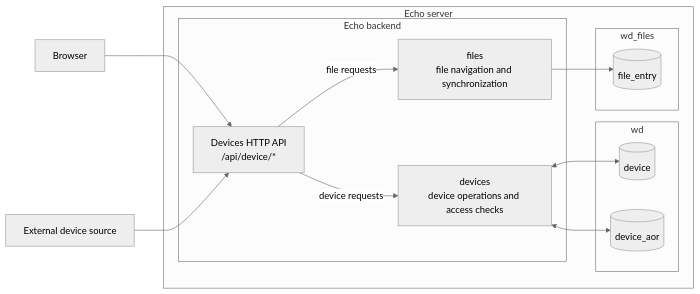
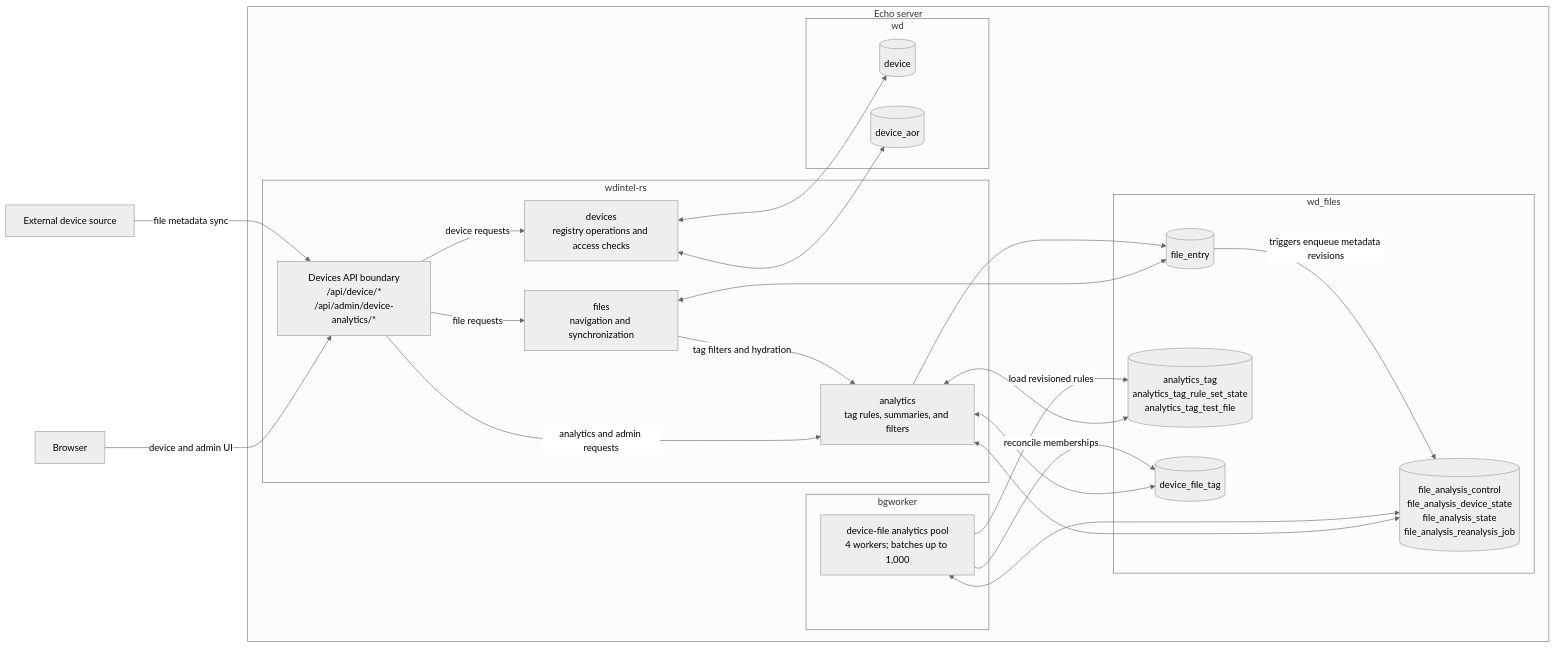
One commit to murczyk/echo changed the first of 3 diagrams in archive/2026-07-29-devices/README.md. Above: the diagram before and after it, drawn with Mermaid (neutral theme). The commit also changed other lines of this file, not shown here.

````diff
--- a/archive/2026-07-29-devices/README.md
+++ b/archive/2026-07-29-devices/README.md
@@ -14,31 +17,49 @@
 ```mermaid
 flowchart LR
     Browser["Browser"]
     ExternalSource["External device source"]
 
     subgraph Host["Echo server"]
-        subgraph Backend["Echo backend"]
-            API["Devices HTTP API<br/>/api/device/*"]
-            Devices["devices<br/>device operations and access checks"]
-            Files["files<br/>file navigation and synchronization"]
+        subgraph Web["wdintel-rs"]
+            API["Devices API boundary<br/>/api/device/*<br/>/api/admin/device-analytics/*"]
+            Devices["devices<br/>registry operations and access checks"]
+            Files["files<br/>navigation and synchronization"]
+            Analytics["analytics<br/>tag rules, summaries, and filters"]
+        end
+
+        subgraph Bgworker["bgworker"]
+            AnalyticsWorkers["device-file analytics pool<br/>4 workers; batches up to 1,000"]
         end
 
         subgraph MainPostgreSQL["wd"]
-            DeviceTable[("device<br/>")]
-            DeviceAorTable[("device_aor<br/")]
+            DeviceTable[("device")]
+            DeviceAorTable[("device_aor")]
         end
 
         subgraph FileRegistryPostgreSQL["wd_files"]
-            FileEntryTable[("file_entry<br/>")]
+            FileEntryTable[("file_entry")]
+            TagDefinitionTables[("analytics_tag<br/>analytics_tag_rule_set_state<br/>analytics_tag_test_file")]
+            AnalysisStateTables[("file_analysis_control<br/>file_analysis_device_state<br/>file_analysis_state<br/>file_analysis_reanalysis_job")]
+            DeviceFileTagTable[("device_file_tag")]
         end
 
         API -->|"device requests"| Devices
         API -->|"file requests"| Files
+        API -->|"analytics and admin requests"| Analytics
+        Files -->|"tag filters and hydration"| Analytics
         Devices <--> DeviceTable
         Devices <--> DeviceAorTable
-        Files --> FileEntryTable
+        Files <--> FileEntryTable
+        Analytics <--> TagDefinitionTables
+        Analytics <--> AnalysisStateTables
+        Analytics <--> DeviceFileTagTable
+        Analytics --> FileEntryTable
+        AnalyticsWorkers -->|"load revisioned rules"| TagDefinitionTables
+        AnalyticsWorkers <--> AnalysisStateTables
+        AnalyticsWorkers -->|"reconcile memberships"| DeviceFileTagTable
+        FileEntryTable -->|"triggers enqueue metadata revisions"| AnalysisStateTables
     end
 
-    Browser --> API
-    ExternalSource --> API
+    Browser -->|"device and admin UI"| API
+    ExternalSource -->|"file metadata sync"| API
 ```
````
